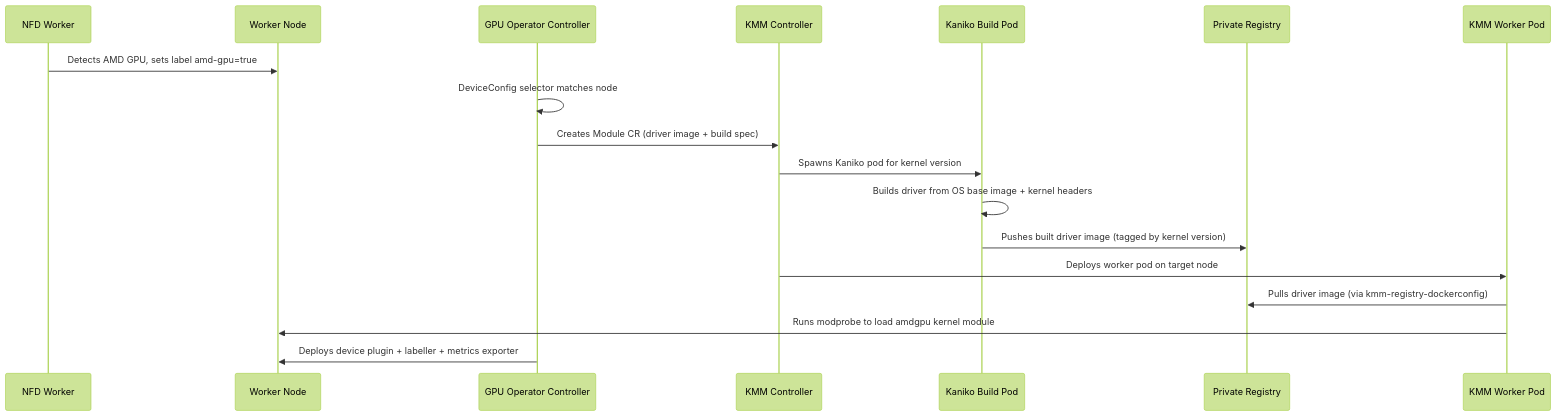
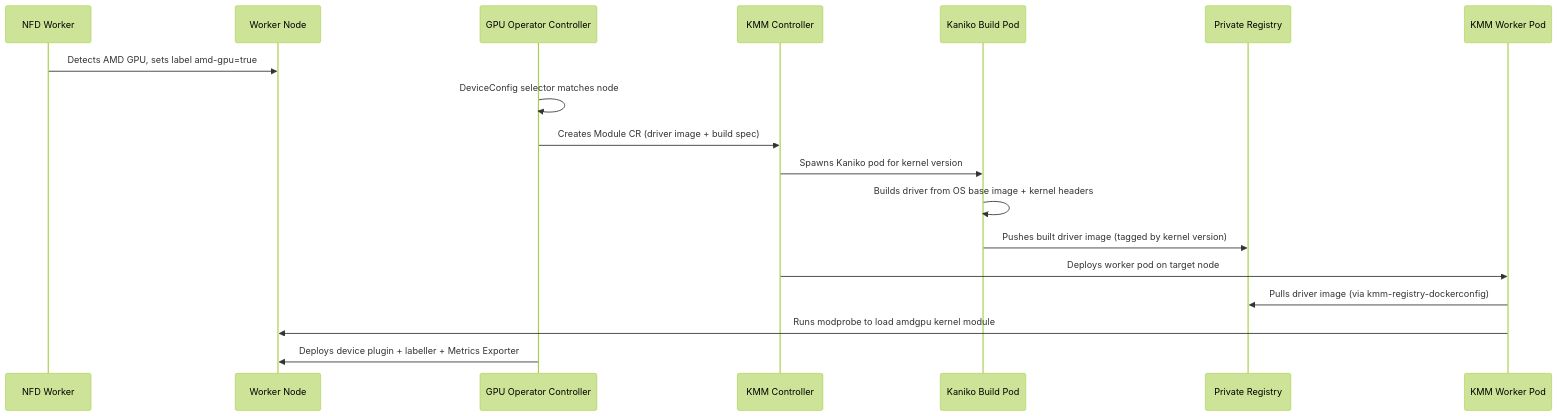
One commit to nutanix-cloud-native/nkp-ai-applications-catalog changed the second of 3 diagrams in applications/amd-gpu-operator/1.4.1/README.md. Above: the diagram before and after it, drawn with Mermaid (forest theme). The commit also changed other lines of this file and 9 other files, not shown here.

Commit message:
fix: Disable Node Labeller by default and minor naming fixes.

````diff
--- a/applications/amd-gpu-operator/1.4.1/README.md
+++ b/applications/amd-gpu-operator/1.4.1/README.md
@@ -54,21 +54,21 @@
 ```mermaid
 sequenceDiagram
     participant NFD as NFD Worker
     participant Node as Worker Node
     participant Ctrl as GPU Operator Controller
     participant KMM as KMM Controller
     participant Kaniko as Kaniko Build Pod
     participant Reg as Private Registry
     participant Worker as KMM Worker Pod
 
     NFD->>Node: Detects AMD GPU, sets label amd-gpu=true
     Ctrl->>Ctrl: DeviceConfig selector matches node
     Ctrl->>KMM: Creates Module CR (driver image + build spec)
     KMM->>Kaniko: Spawns Kaniko pod for kernel version
     Kaniko->>Kaniko: Builds driver from OS base image + kernel headers
     Kaniko->>Reg: Pushes built driver image (tagged by kernel version)
     KMM->>Worker: Deploys worker pod on target node
     Worker->>Reg: Pulls driver image (via kmm-registry-dockerconfig)
     Worker->>Node: Runs modprobe to load amdgpu kernel module
-    Ctrl->>Node: Deploys device plugin + labeller + metrics exporter
+    Ctrl->>Node: Deploys device plugin + labeller + Metrics Exporter
 ```
````
